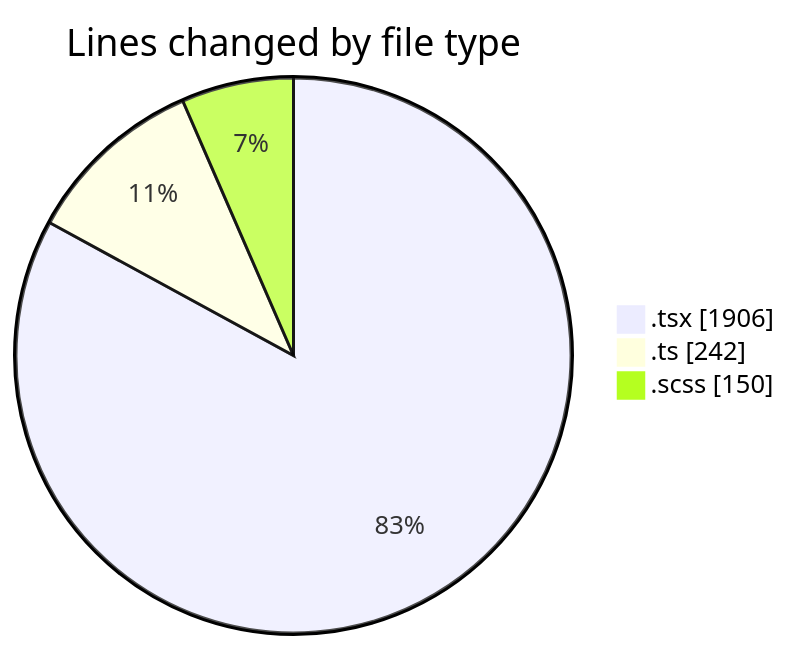
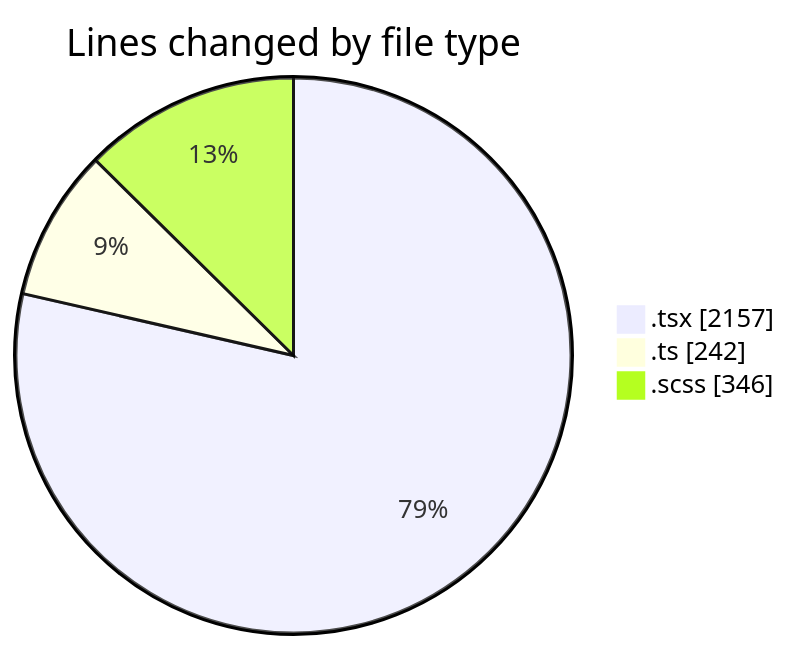
The first of 2 diagrams in 2025-09-15/cda/README.md (momahboobian/code-tracking), drawn with Mermaid before and after one commit. The commit also changed other lines of this file and 1 other file, not shown here.

````diff
--- a/2025-09-15/cda/README.md
+++ b/2025-09-15/cda/README.md
@@ -25,7 +25,7 @@
 ```mermaid
 pie showData
 title Lines changed by file type
-".tsx" : 1906
+".tsx" : 2157
 ".ts" : 242
-".scss" : 150
+".scss" : 346
 ```
````
